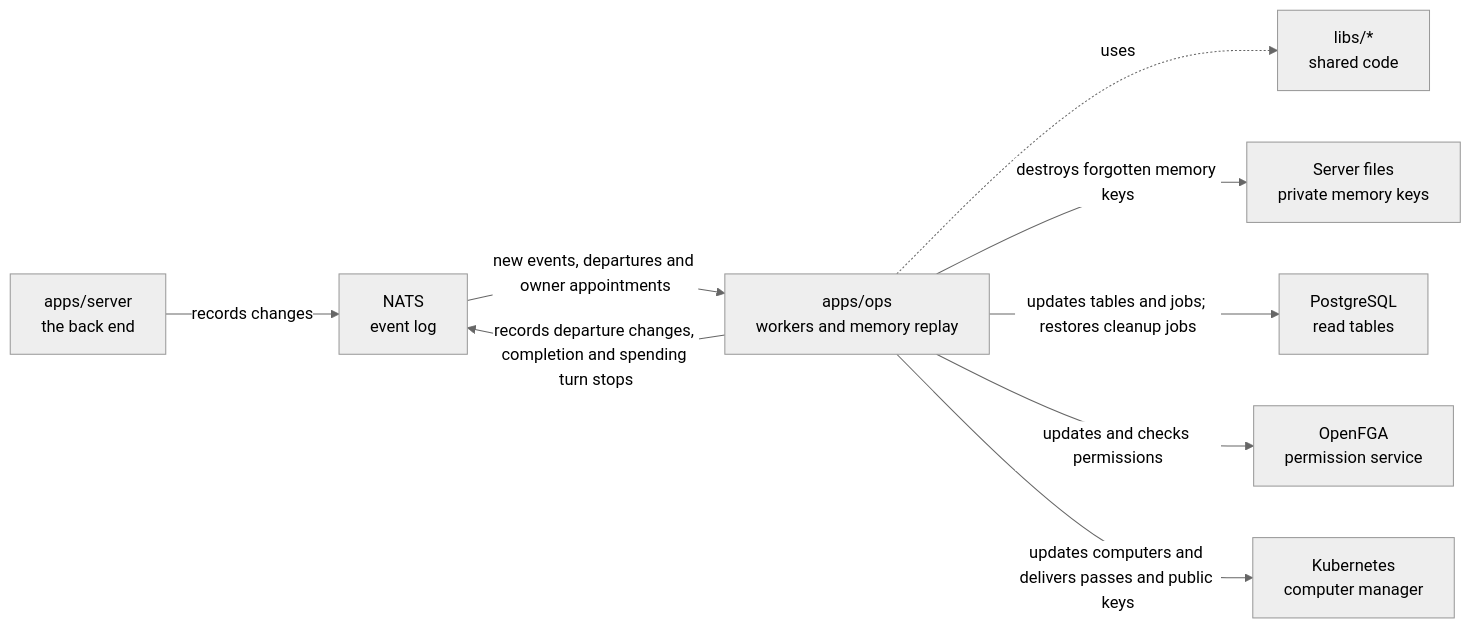
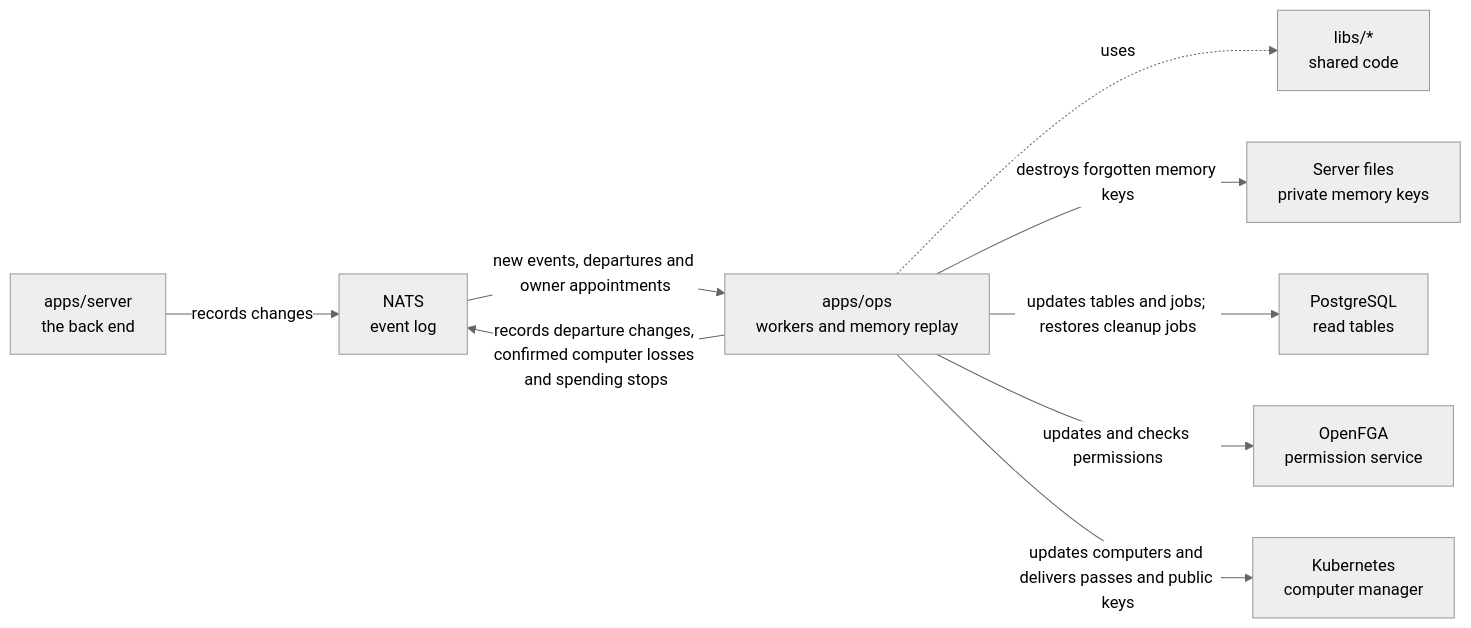
One commit to elewa-git/opencrane-new changed the diagram in apps/ops/README.md. Above: the diagram before and after it, drawn with Mermaid (neutral theme). The commit also changed other lines of this file and 5 other files, not shown here.

Commit message:
🛠️ Order lost computer claims against departure completion

````diff
--- a/apps/ops/README.md
+++ b/apps/ops/README.md
@@ -11,11 +11,11 @@
 ```mermaid
 flowchart LR
   server["apps/server<br/>the back end"] -->|records changes| nats["NATS<br/>event log"]
   nats -->|new events, departures and owner appointments| ops["apps/ops<br/>workers and memory replay"]
-  ops -->|records departure changes, completion and spending turn stops| nats
+  ops -->|records departure changes, confirmed computer losses and spending stops| nats
   ops -.->|uses| libs["libs/*<br/>shared code"]
   ops -->|destroys forgotten memory keys| keys["Server files<br/>private memory keys"]
   ops -->|updates tables and jobs; restores cleanup jobs| postgres["PostgreSQL<br/>read tables"]
   ops -->|updates and checks permissions| fga["OpenFGA<br/>permission service"]
   ops -->|updates computers and delivers passes and public keys| kube["Kubernetes<br/>computer manager"]
 ```
````
